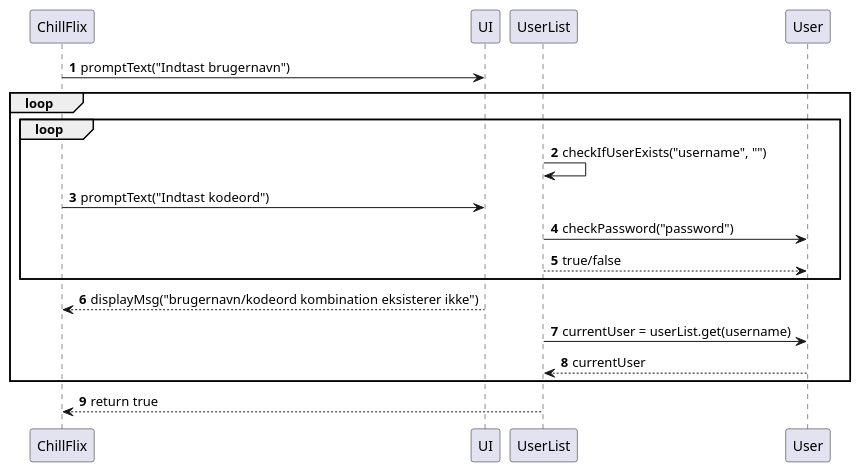
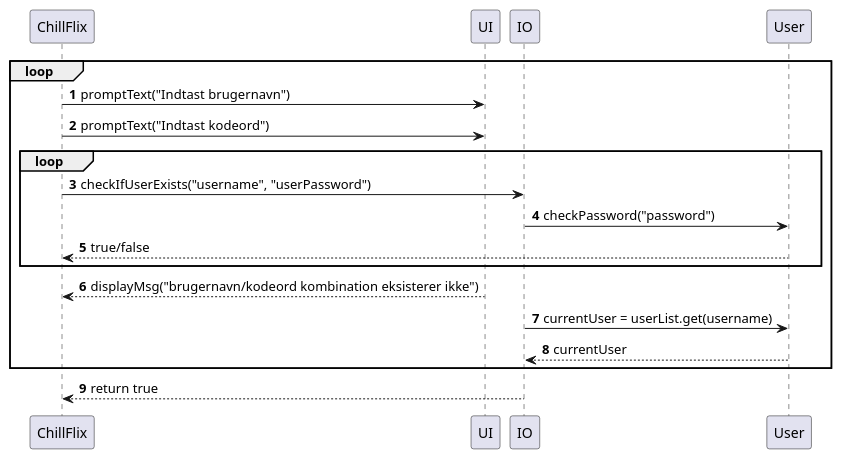
The diagram in docs/LoginDialogSequence.puml (Falcho/SP3), drawn with PlantUML before and after one commit.

Commit message:
Oprettede og udfyldt LoginDialogSequence.puml

```diff
--- a/docs/LoginDialogSequence.puml
+++ b/docs/LoginDialogSequence.puml
@@ -1,26 +1,26 @@
 @startuml
 'https://plantuml.com/sequence-diagram
 
 autonumber
 
 participant ChillFlix
 participant UI
-participant UserList
+participant IO
 participant User
 
+loop
 ChillFlix -> UI: promptText("Indtast brugernavn")
+ChillFlix -> UI: promptText("Indtast kodeord")
 loop
-loop
-UserList -> UserList: checkIfUserExists("username", "")
-ChillFlix -> UI: promptText("Indtast kodeord")
-UserList -> User: checkPassword("password")
-User <-- UserList: true/false
+ChillFlix -> IO: checkIfUserExists("username", "userPassword")
+IO -> User: checkPassword("password")
+User --> ChillFlix: true/false
 end
 ChillFlix <-- UI: displayMsg("brugernavn/kodeord kombination eksisterer ikke")
-UserList -> User: currentUser = userList.get(username)
-UserList <-- User: currentUser
+IO -> User: currentUser = userList.get(username)
+IO <-- User: currentUser
 end
-ChillFlix <-- UserList: return true
+ChillFlix <-- IO: return true
 
 
 @enduml
```
